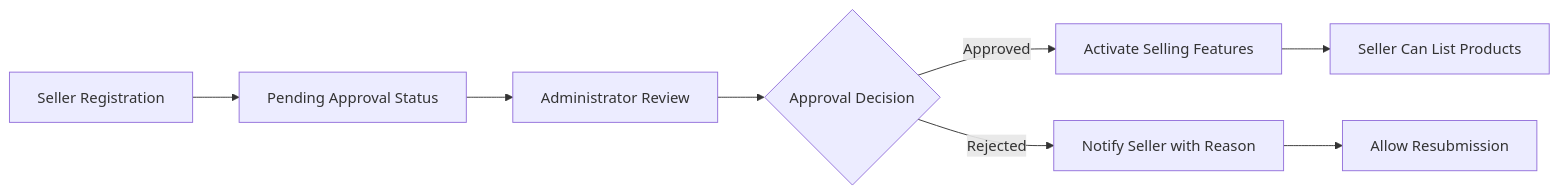
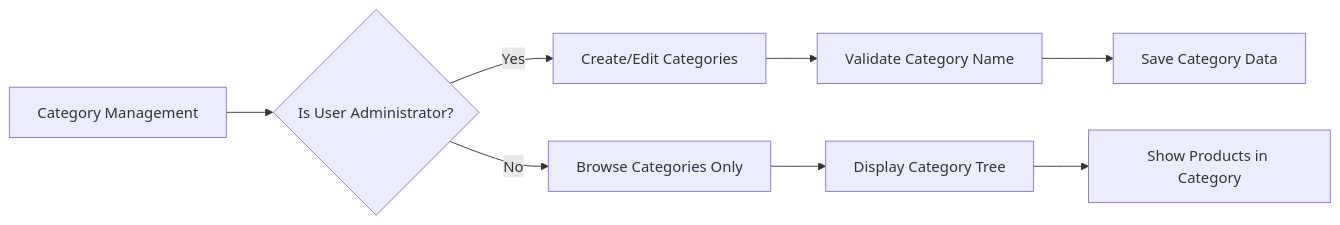
One commit to wrtnlabs/autobe-examples changed the first of 2 diagrams in deepseek/deepseek-v3.1-terminus-exacto/shopping/docs/analysis/05-product-catalog.md. Above: the diagram before and after it, drawn with Mermaid. The commit also changed other lines of this file and 11104 other files, not shown here.

````diff
--- a/deepseek/deepseek-v3.1-terminus-exacto/shopping/docs/analysis/05-product-catalog.md
+++ b/deepseek/deepseek-v3.1-terminus-exacto/shopping/docs/analysis/05-product-catalog.md
@@ -53,10 +29,10 @@
 ```mermaid
 graph LR
-    A["Seller Registration"] --> B["Pending Approval Status"]
-    B --> C["Administrator Review"]
-    C --> D{"Approval Decision"}
-    D -->|Approved| E["Activate Selling Features"]
-    D -->|Rejected| F["Notify Seller with Reason"]
-    F --> G["Allow Resubmission"]
-    E --> H["Seller Can List Products"]
+    A["Category Management"] --> B{"Is User Administrator?"}
+    B -->|Yes| C["Create/Edit Categories"]
+    B -->|No| D["Browse Categories Only"]
+    C --> E["Validate Category Name"]
+    E --> F["Save Category Data"]
+    D --> G["Display Category Tree"]
+    G --> H["Show Products in Category"]
 ```
````
